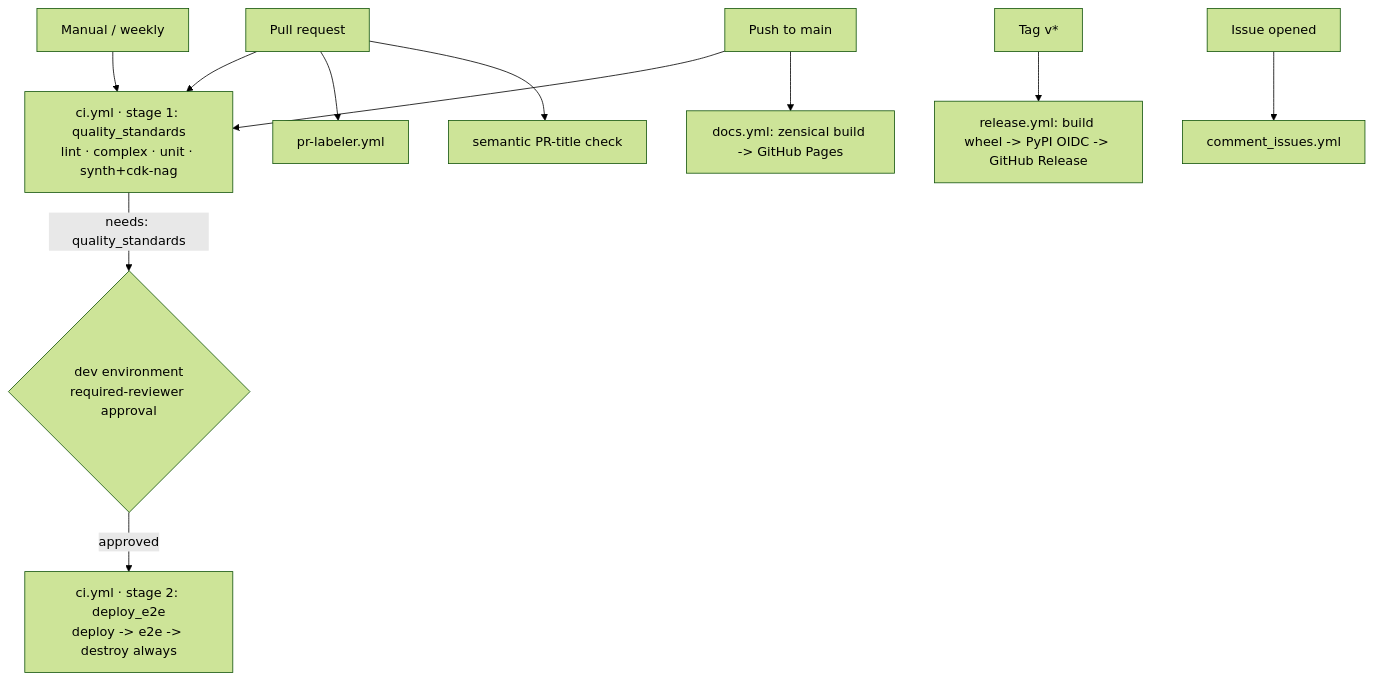
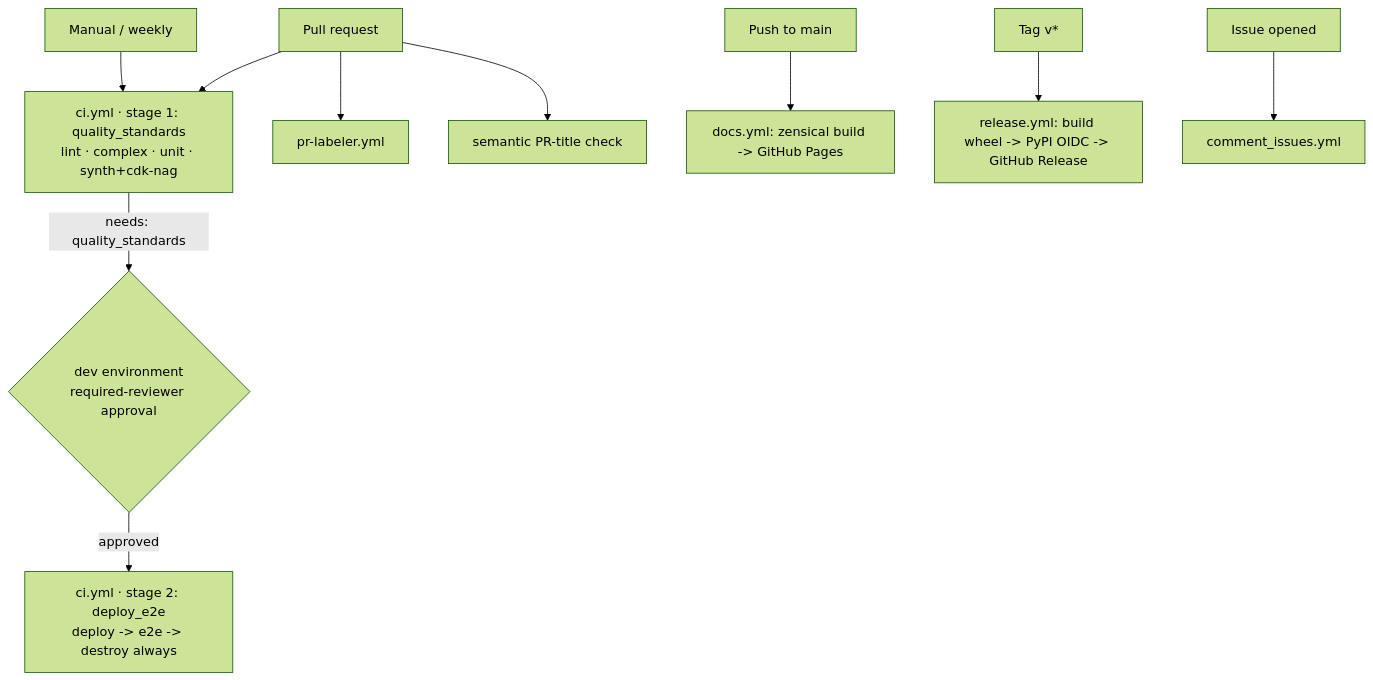
The diagram in docs/pipeline.md (ran-isenberg/lambda-microvm-cdk-python), drawn with Mermaid (forest theme) before and after one commit. The commit also changed other lines of this file and 1 other file, not shown here.

Commit message:
chore: don't run the CI/CD pipeline on push to main (#2)
Every change reaches main via a PR that already runs the full pipeline (quality +
gated deploy_e2e), so re-running it on the merge commit is redundant and would queue
another dev-environment approval. Drop the push:[main] trigger; PRs, manual dispatch,
and the weekly schedule still cover it. docs.yml still publishes on push to main.

````diff
--- a/docs/pipeline.md
+++ b/docs/pipeline.md
@@ -25,13 +25,12 @@
 ```mermaid
 flowchart TD
     PR[Pull request] --> Q[ci.yml · stage 1: quality_standards<br/>lint · complex · unit · synth+cdk-nag]
-    Main[Push to main] --> Q
     Manual[Manual / weekly] --> Q
     Q -->|needs: quality_standards| GATE{dev environment<br/>required-reviewer approval}
     GATE -->|approved| D[ci.yml · stage 2: deploy_e2e<br/>deploy -> e2e -> destroy always]
     PR --> LBL[pr-labeler.yml]
     PR --> SEM[semantic PR-title check]
-    Main --> DOCS[docs.yml: zensical build -> GitHub Pages]
+    Main[Push to main] --> DOCS[docs.yml: zensical build -> GitHub Pages]
     Tag[Tag v*] --> REL[release.yml: build wheel -> PyPI OIDC -> GitHub Release]
     Issue[Issue opened] --> CMT[comment_issues.yml]
 ```
````
